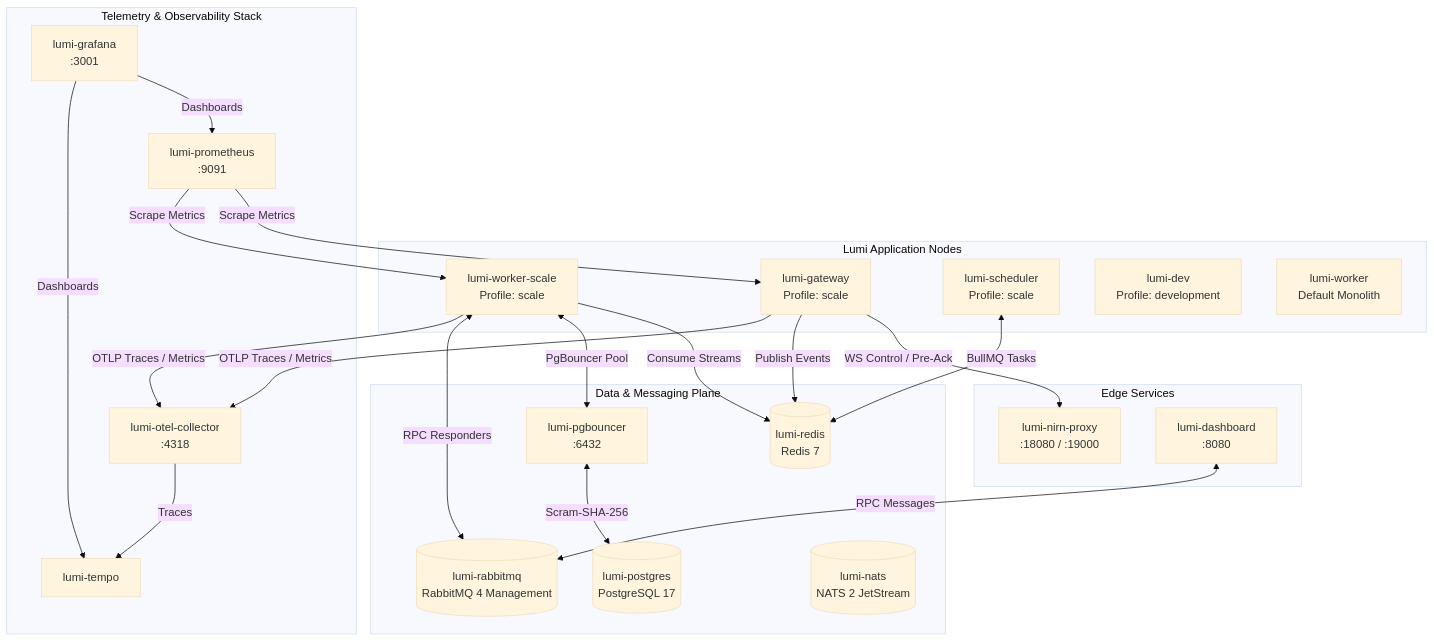
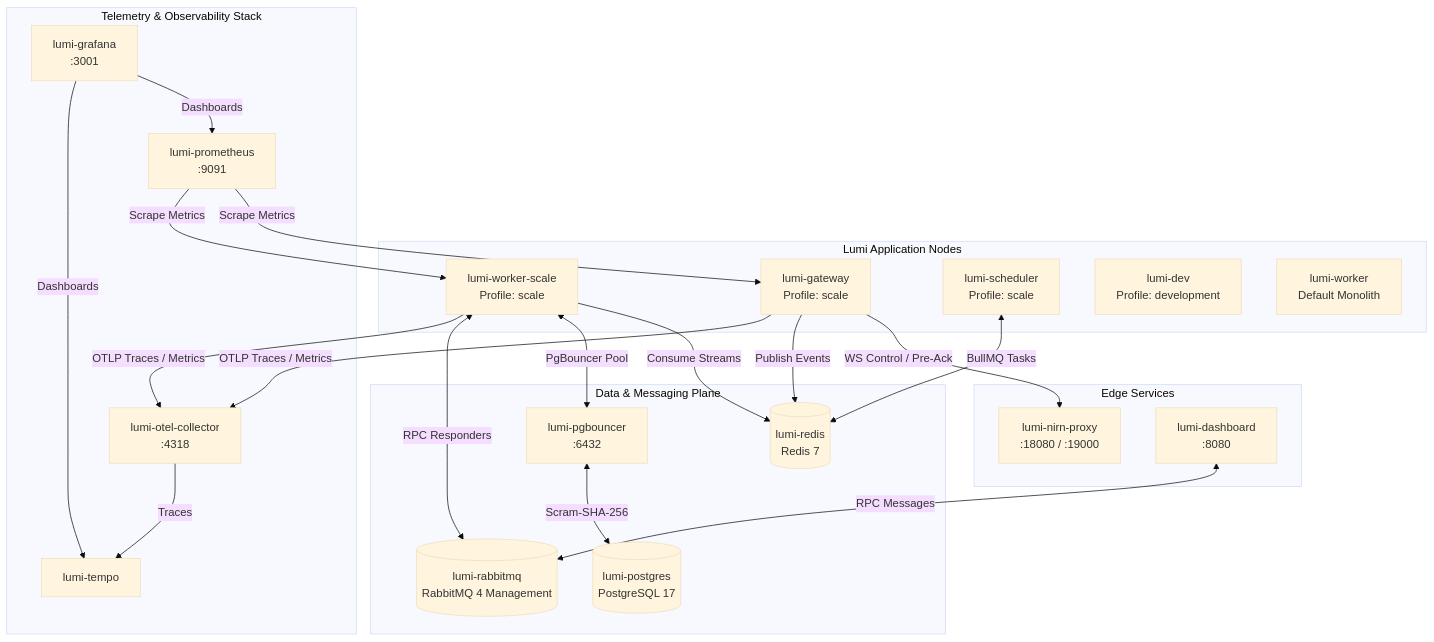
Before and after one commit to lumi-devs/Lumi: the first of 2 diagrams in deploy/docker/README.md, drawn with Mermaid (base theme). The commit also changed other lines of this file and 31 other files, not shown here.

````diff
--- a/deploy/docker/README.md
+++ b/deploy/docker/README.md
@@ -33,49 +33,48 @@
 ```mermaid
 flowchart TD
     subgraph Edge Services
         NP[lumi-nirn-proxy<br/>:18080 / :19000]
         Dash[lumi-dashboard<br/>:8080]
     end
 
     subgraph Lumi Application Nodes
         GW[lumi-gateway<br/>Profile: scale]
         WS[lumi-worker-scale<br/>Profile: scale]
         Sched[lumi-scheduler<br/>Profile: scale]
         Dev[lumi-dev<br/>Profile: development]
         Mono[lumi-worker<br/>Default Monolith]
     end
 
     subgraph Data & Messaging Plane
         PGB[lumi-pgbouncer<br/>:6432]
         PG[(lumi-postgres<br/>PostgreSQL 17)]
         Redis[(lumi-redis<br/>Redis 7)]
         RMQ[(lumi-rabbitmq<br/>RabbitMQ 4 Management)]
-        NATS[(lumi-nats<br/>NATS 2 JetStream)]
     end
 
     subgraph Telemetry & Observability Stack
         OTEL[lumi-otel-collector<br/>:4318]
         Prom[lumi-prometheus<br/>:9091]
         Tempo[lumi-tempo]
         Graf[lumi-grafana<br/>:3001]
     end
 
     GW -->|WS Control / Pre-Ack| NP
     GW -->|Publish Events| Redis
     WS -->|Consume Streams| Redis
     WS <-->|PgBouncer Pool| PGB
     PGB <-->|Scram-SHA-256| PG
 
     Dash <-->|RPC Messages| RMQ
     WS <-->|RPC Responders| RMQ
 
     Sched <-->|BullMQ Tasks| Redis
 
     GW -->|OTLP Traces / Metrics| OTEL
     WS -->|OTLP Traces / Metrics| OTEL
     OTEL -->|Traces| Tempo
     Prom -->|Scrape Metrics| GW
     Prom -->|Scrape Metrics| WS
     Graf -->|Dashboards| Prom
     Graf -->|Dashboards| Tempo
 ```
````
